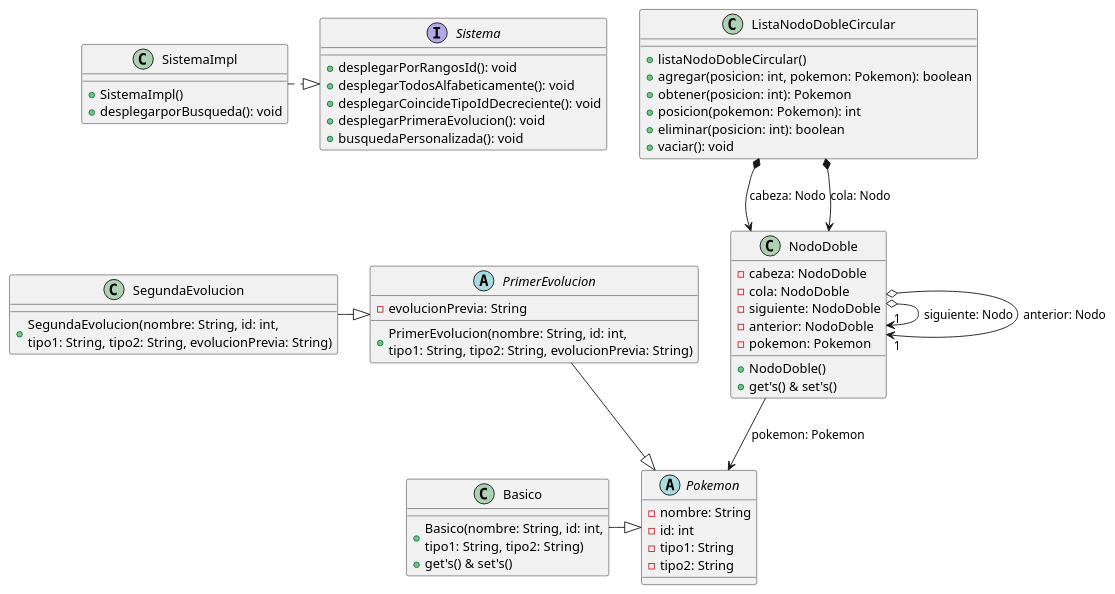
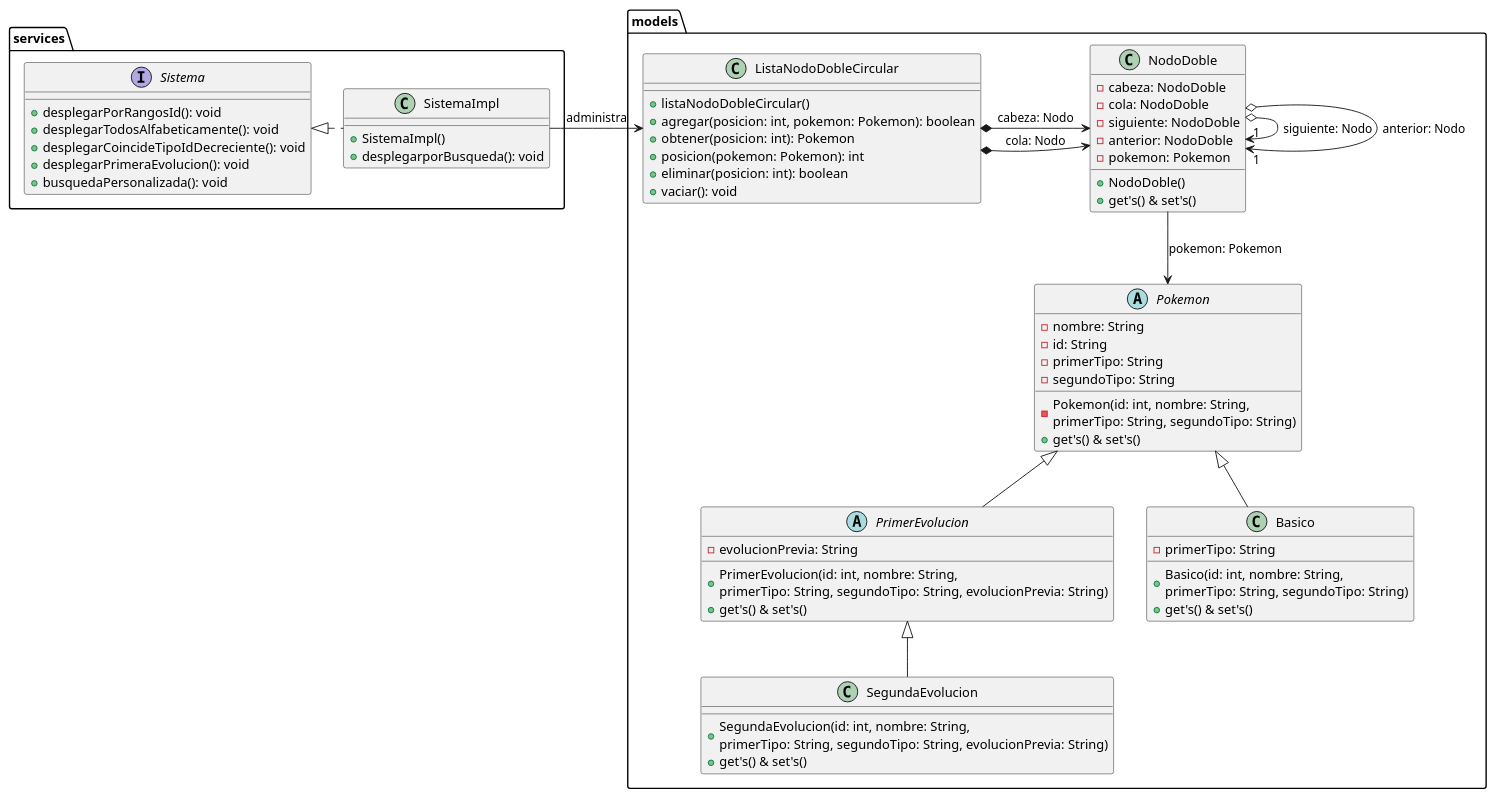
The diagram in Clases.puml (AlbertoLyons/Taller-4), drawn with PlantUML before and after one commit. The commit also changed 22 other files, not shown here.

```diff
--- a/Clases.puml
+++ b/Clases.puml
@@ -1,59 +1,70 @@
 @startuml
-
-abstract class Pokemon {
- - nombre: String
- - id: int
- - tipo1: String
- - tipo2: String
+package models {
+    abstract class Pokemon {
+     - nombre: String
+     - id: String
+     - primerTipo: String
+     - segundoTipo: String
+     - Pokemon(id: int, nombre: String, \nprimerTipo: String, segundoTipo: String)
+     + get's() & set's()
+    }
+    class Basico {
+     - primerTipo: String
+     + Basico(id: int, nombre: String, \nprimerTipo: String, segundoTipo: String)
+     + get's() & set's()
+    }
+    abstract class PrimerEvolucion {
+     - evolucionPrevia: String
+     + PrimerEvolucion(id: int, nombre: String, \nprimerTipo: String, segundoTipo: String, evolucionPrevia: String)
+     + get's() & set's()
+    }
+    class SegundaEvolucion {
+     + SegundaEvolucion(id: int, nombre: String,\nprimerTipo: String, segundoTipo: String, evolucionPrevia: String)
+     + get's() & set's()
+    }
+    class NodoDoble {
+     - cabeza: NodoDoble
+     - cola: NodoDoble
+     - siguiente: NodoDoble
+     - anterior: NodoDoble
+     - pokemon: Pokemon
+     + NodoDoble()
+     + get's() & set's()
+    }
+    class ListaNodoDobleCircular {
+     + listaNodoDobleCircular()
+     + agregar(posicion: int, pokemon: Pokemon): boolean
+     + obtener(posicion: int): Pokemon
+     + posicion(pokemon: Pokemon): int
+     + eliminar(posicion: int): boolean
+     + vaciar(): void
+    }
+}
+package services {
+    interface Sistema {
+     + desplegarPorRangosId(): void
+     + desplegarTodosAlfabeticamente(): void
+     + desplegarCoincideTipoIdDecreciente(): void
+     + desplegarPrimeraEvolucion(): void
+     + busquedaPersonalizada(): void
+    }
+    class SistemaImpl {
+     + SistemaImpl()
+     + desplegarporBusqueda(): void
+    }
 }
 
-class Basico {
- + Basico(nombre: String, id: int,\ntipo1: String, tipo2: String)
- + get's() & set's()
-}
-abstract class PrimerEvolucion {
- - evolucionPrevia: String
- + PrimerEvolucion(nombre: String, id: int,\ntipo1: String, tipo2: String, evolucionPrevia: String)
-}
-class SegundaEvolucion {
- + SegundaEvolucion(nombre: String, id: int,\ntipo1: String, tipo2: String, evolucionPrevia: String)
-}
-class NodoDoble {
- - cabeza: NodoDoble
- - cola: NodoDoble
- - siguiente: NodoDoble
- - anterior: NodoDoble
- - pokemon: Pokemon
- + NodoDoble()
- + get's() & set's()
-}
-class ListaNodoDobleCircular {
- + listaNodoDobleCircular()
- + agregar(posicion: int, pokemon: Pokemon): boolean
- + obtener(posicion: int): Pokemon
- + posicion(pokemon: Pokemon): int
- + eliminar(posicion: int): boolean
- + vaciar(): void
-}
-interface Sistema {
- + desplegarPorRangosId(): void
- + desplegarTodosAlfabeticamente(): void
- + desplegarCoincideTipoIdDecreciente(): void
- + desplegarPrimeraEvolucion(): void
- + busquedaPersonalizada(): void
-}
-class SistemaImpl {
- + SistemaImpl()
- + desplegarporBusqueda(): void
-}
-SistemaImpl .|> Sistema
-Basico -|> Pokemon
-PrimerEvolucion --|> Pokemon
-SegundaEvolucion -|> PrimerEvolucion
+SistemaImpl .left|> Sistema
+SistemaImpl -right> ListaNodoDobleCircular: administra
+ListaNodoDobleCircular *-right-> NodoDoble : cabeza: Nodo
+ListaNodoDobleCircular *-right-> NodoDoble : cola: Nodo
 NodoDoble o-> "1"NodoDoble : siguiente: Nodo
 NodoDoble o-> "1"NodoDoble : anterior: Nodo
-ListaNodoDobleCircular *--> NodoDoble : cabeza: Nodo
-ListaNodoDobleCircular *--> NodoDoble : cola: Nodo
-NodoDoble --> Pokemon : pokemon: Pokemon
+Basico -up-|> Pokemon
+PrimerEvolucion -up-|> Pokemon
+SegundaEvolucion -up-|> PrimerEvolucion
+
+
+NodoDoble -down-> Pokemon : pokemon: Pokemon
 
 @enduml
```
